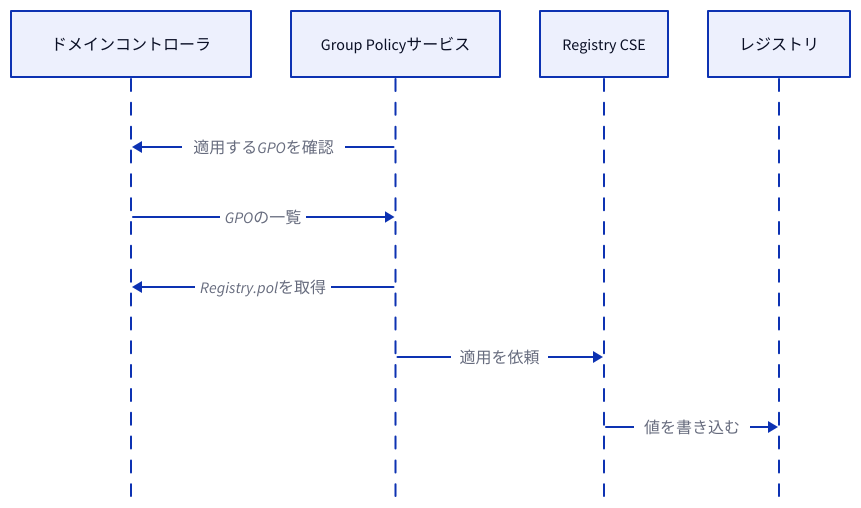
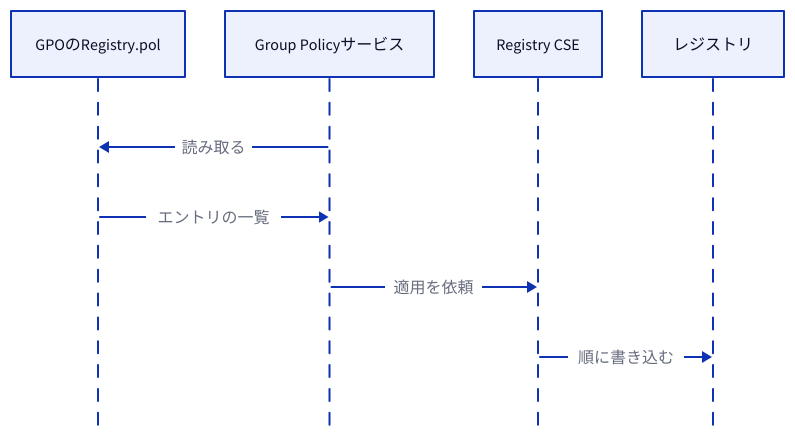
The sixth of 6 diagrams in src/content/posts/2026-10-05-1.mdx (kenchan0130/kenchan0130.github.io), drawn with D2 before and after one commit. The commit also changed other lines of this file and 4 other files, not shown here.

````diff
--- a/src/content/posts/2026-10-05-1.mdx
+++ b/src/content/posts/2026-10-05-1.mdx
@@ -624,12 +735,11 @@
-```d2 title="Windowsデバイスが、ドメインコントローラからRegistry.polを取得してレジストリに書き込むまでのシーケンス"
+```d2 title="Group PolicyサービスがRegistry.polを読み取り、Registry CSEがレジストリに書き込むまでのシーケンス"
 shape: sequence_diagram
-dc: ドメインコントローラ
+pol: GPOのRegistry.pol
 gpsvc: Group Policyサービス
 cse: Registry CSE
 reg: レジストリ
-gpsvc -> dc: 適用するGPOを確認
-dc -> gpsvc: GPOの一覧
-gpsvc -> dc: Registry.polを取得
+gpsvc -> pol: 読み取る
+pol -> gpsvc: エントリの一覧
 gpsvc -> cse: 適用を依頼
-cse -> reg: 値を書き込む
+cse -> reg: 順に書き込む
 ```
````
